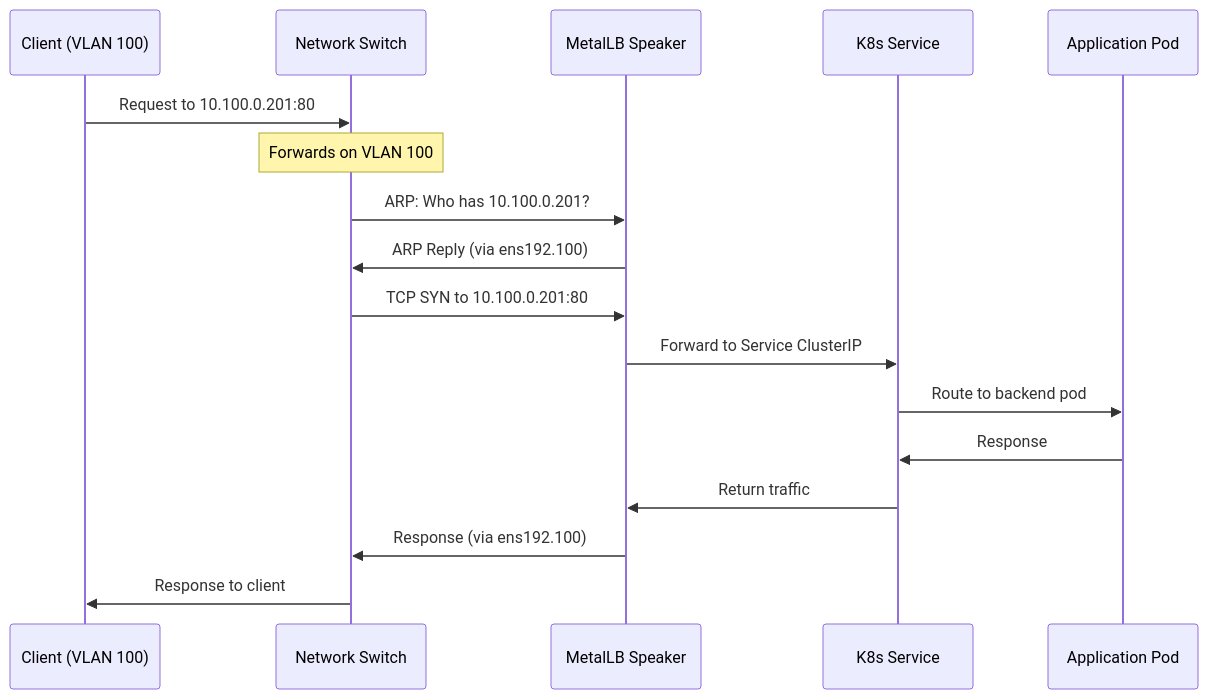
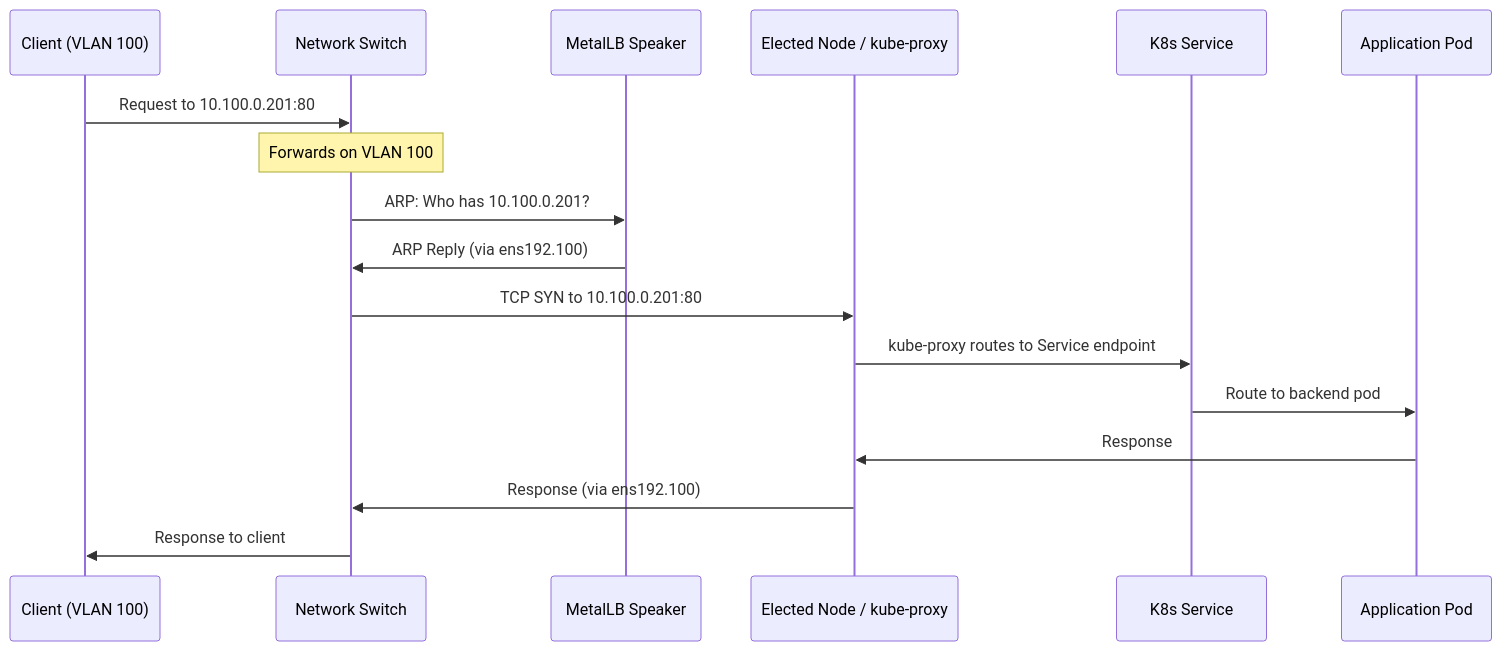
One commit to OneUptime/blog changed the third of 4 diagrams in posts/2026-01-07-metallb-vlan-networks/README.md. Above: the diagram before and after it, drawn with Mermaid. The commit also changed other lines of this file and 2 other files, not shown here.

````diff
--- a/posts/2026-01-07-metallb-vlan-networks/README.md
+++ b/posts/2026-01-07-metallb-vlan-networks/README.md
@@ -715,20 +707,20 @@
 ```mermaid
 sequenceDiagram
     participant Client as Client (VLAN 100)
     participant Switch as Network Switch
     participant Speaker as MetalLB Speaker
+    participant Node as Elected Node / kube-proxy
     participant Service as K8s Service
     participant Pod as Application Pod
 
     Client->>Switch: Request to 10.100.0.201:80
     Note over Switch: Forwards on VLAN 100
     Switch->>Speaker: ARP: Who has 10.100.0.201?
     Speaker->>Switch: ARP Reply (via ens192.100)
-    Switch->>Speaker: TCP SYN to 10.100.0.201:80
-    Speaker->>Service: Forward to Service ClusterIP
+    Switch->>Node: TCP SYN to 10.100.0.201:80
+    Node->>Service: kube-proxy routes to Service endpoint
     Service->>Pod: Route to backend pod
-    Pod->>Service: Response
-    Service->>Speaker: Return traffic
-    Speaker->>Switch: Response (via ens192.100)
+    Pod->>Node: Response
+    Node->>Switch: Response (via ens192.100)
     Switch->>Client: Response to client
 ```
````
